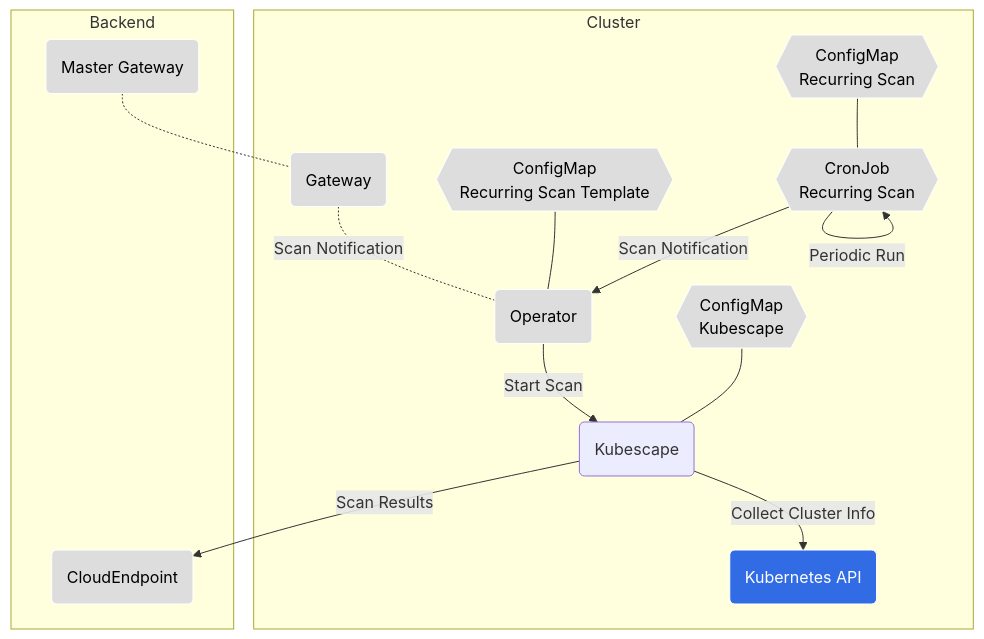
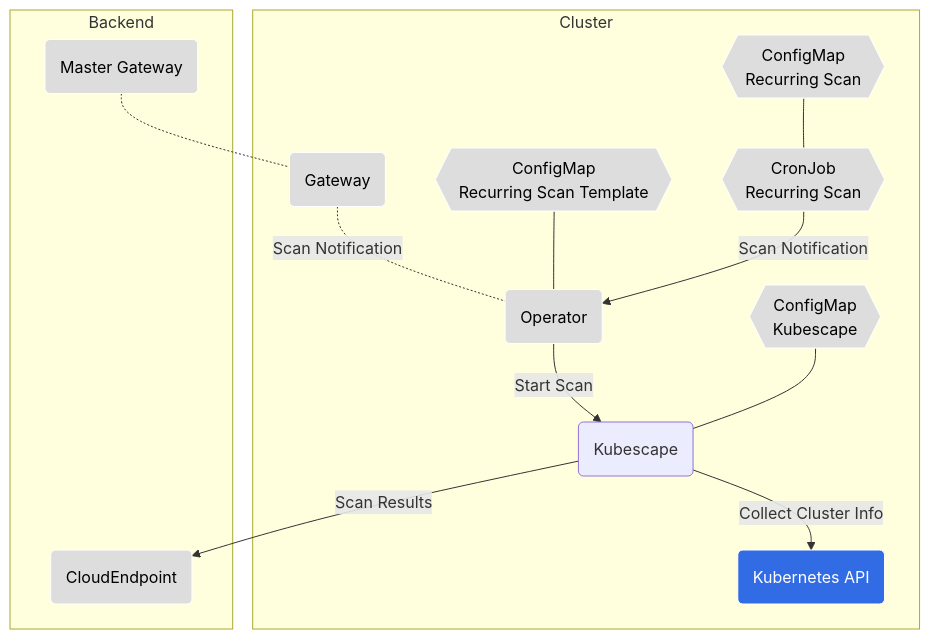
One commit to kubescape/helm-charts changed the sixth of 10 diagrams in charts/kubescape-cloud-operator/README.md. Above: the diagram before and after it, drawn with Mermaid. The commit also changed other lines of this file, not shown here.

Commit message:
fixed diagrams

````diff
--- a/charts/kubescape-cloud-operator/README.md
+++ b/charts/kubescape-cloud-operator/README.md
@@ -412,37 +410,36 @@
 ```mermaid
 graph TB
 
 subgraph Cluster
     ks(Kubescape)
     k8sApi(Kubernetes API)
     operator(Operator)
     gateway(Gateway)
     ksCm{{ConfigMap<br>Kubescape}}
     recurringScanCj{{CronJob<br>Recurring Scan}}
     recurringScanCm{{ConfigMap<br>Recurring Scan}}
     recurringTempCm{{ConfigMap<br>Recurring Scan Template}}
 end
 
 masterGateway .- gateway
 gateway .-|Scan Notification| operator 
 operator -->|Start Scan| ks
 ks-->|Collect Cluster Info|k8sApi
 ksCm --- ks 
 recurringTempCm --- operator
-recurringScanCj -->|Periodic Run| recurringScanCj
 recurringScanCj -->|Scan Notification| operator
 recurringScanCm --- recurringScanCj
 subgraph Backend
     er(CloudEndpoint)
     masterGateway("Master Gateway") 
     ks -->|Scan Results| er
 end;
 
 classDef k8s fill:#326ce5,stroke:#fff,stroke-width:1px,color:#fff;
 classDef plain fill:#ddd,stroke:#fff,stroke-width:1px,color:#000
 
 class k8sApi k8s
 class ksCm,recurringScanCm,operator,er,gateway,masterGateway,recurringScanCj,recurringTempCm plain
 
 
 ```
````
